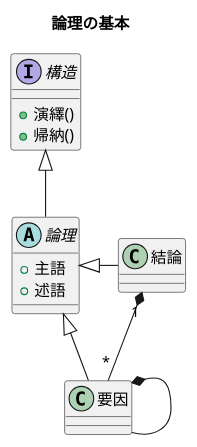
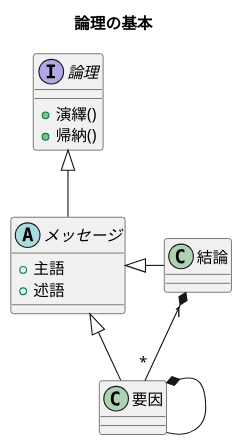
The fifth of 30 diagrams in docs/slides/WIP.md (k2works/pragmatic-presentation-exercise-2024), drawn with PlantUML before and after one commit. The commit also changed other lines of this file and 1 other file, not shown here.

````diff
--- a/docs/slides/WIP.md
+++ b/docs/slides/WIP.md
@@ -216,29 +221,29 @@
 ```plantuml
 @startuml
 
 title 論理の基本
 
-abstract "論理" as A {
+abstract "メッセージ" as A {
   + 主語
   + 述語
 }
 
-interface "構造" as B {
+interface "論理" as B {
   + 演繹()
   + 帰納()
 }
 
 class "結論" as C {
 }
 
 class "要因" as D {
 }
 
 B <|-- A
 A <|- C
 A <|- D
 C "1" *-- "*" D
 D *- D
 
 @enduml
 ```
````
